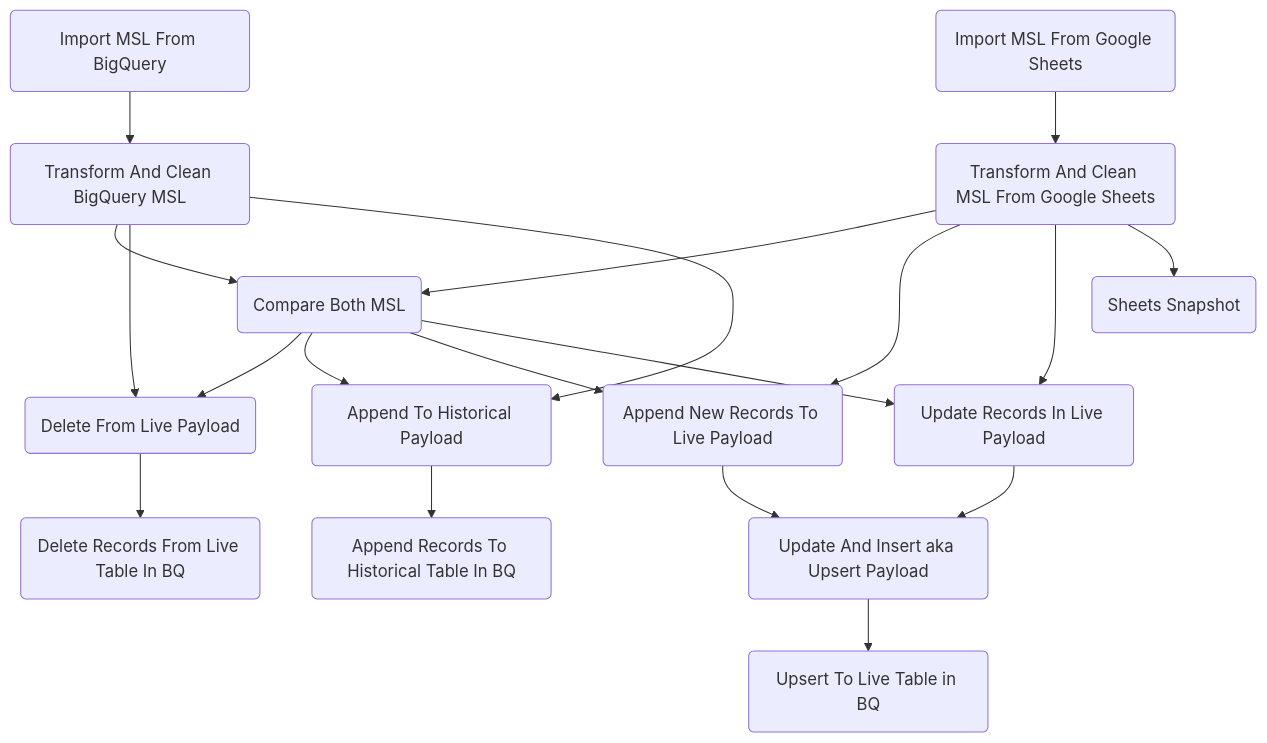
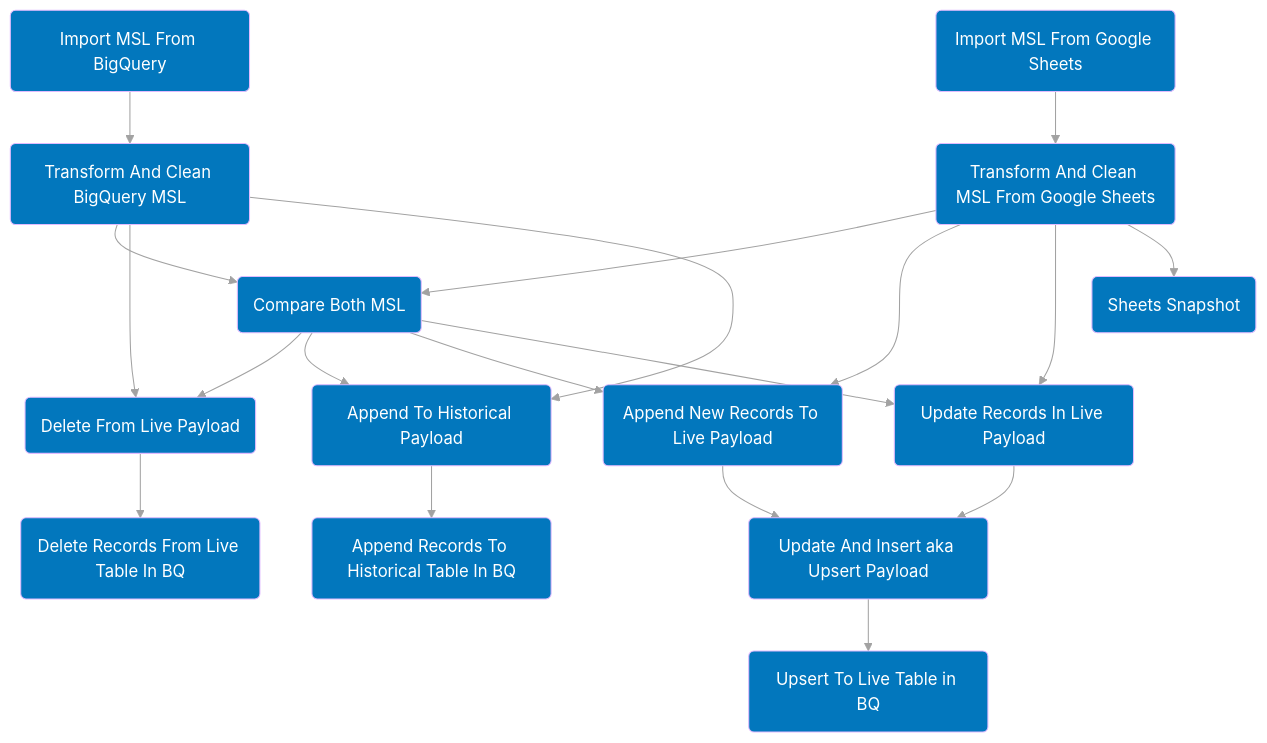
The diagram in documentation/pipelines/msl.md (CarrierOps/1P-Wiki), drawn with Mermaid before and after one commit. The commit also changed 7 other files, not shown here.

````diff
--- a/documentation/pipelines/msl.md
+++ b/documentation/pipelines/msl.md
@@ -13,36 +13,51 @@
 ```mermaid
+%%{
+  init: {
+    'theme': 'base',
+    'themeVariables': {
+      'primaryColor': '#0277bd',
+      'primaryTextColor': '#ffffff',
+      'primaryBorderColor': '#e0bbff',
+      'lineColor': '#a2a2a2',
+      'secondaryColor': '#3f51b5',
+      'tertiaryColor': '#5c8a8a',
+      'tertiaryTextColor': '#ffffff'
+    }
+  }
+}%%
+
 flowchart TD
 id1(Import MSL From BigQuery)-->id2(Transform And Clean BigQuery MSL)
 id3(Import MSL From Google Sheets)--> id4(Transform And Clean MSL From Google Sheets)
 id2--> id5(Compare Both MSL)
 id4 -->id5
 id6(Delete From Live Payload)
 id7(Append To Historical Payload)
 id8(Append New Records To Live Payload)
 id9(Update Records In Live Payload)
 
 
 id5--> id6
 id5-->id7
 id5--> id8
 id5-->id9
 
 id2-->id6
 id2-->id7
 
 id4-->id8
 id4-->id9
 
 id6--> id10(Delete Records From Live Table In BQ)
 id7--> id11(Append Records To Historical Table In BQ)
 
 id12(Update And Insert aka Upsert Payload)
 id8-->id12
 id9-->id12
 
 id12--> id13(Upsert To Live Table in BQ)
 
 id0(Sheets Snapshot)
 id4--> id0
 
 ```
````
